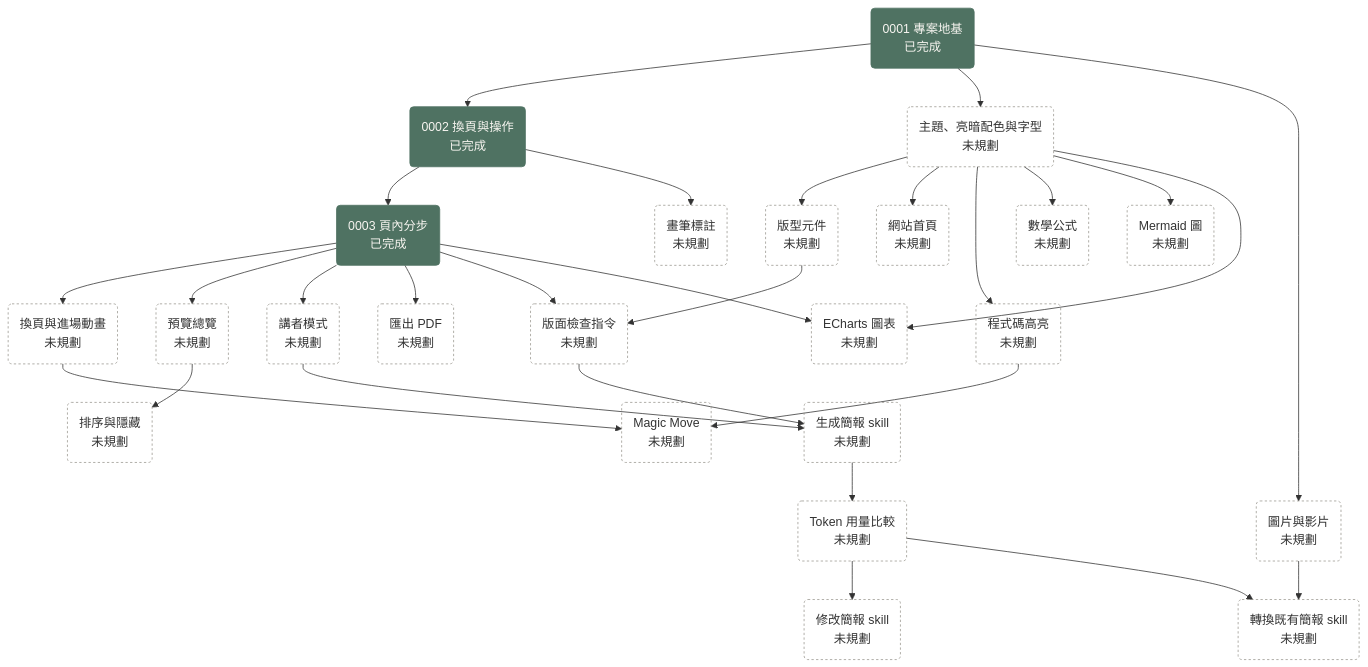
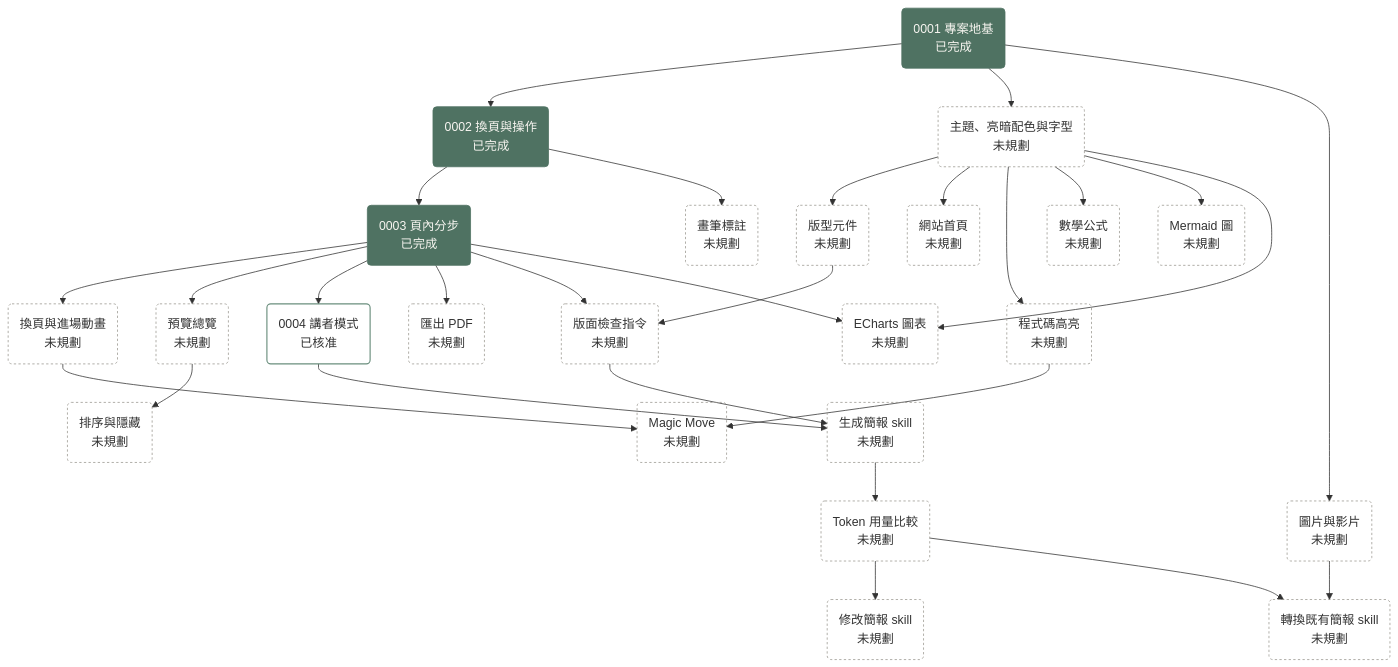
The diagram in docs/plans/roadmap.md (bingyangchen/diapo), drawn with Mermaid before and after one commit. The commit also changed other lines of this file and 2 other files, not shown here.

Commit message:
[plan 0004] Presenter mode (#11)

````diff
--- a/docs/plans/roadmap.md
+++ b/docs/plans/roadmap.md
@@ -7,45 +7,45 @@
 ```mermaid
 flowchart TD
   P0001("0001 專案地基<br/>已完成"):::done
   P0002("0002 換頁與操作<br/>已完成"):::done
   P0003("0003 頁內分步<br/>已完成"):::done
   transitions("換頁與進場動畫<br/>未規劃"):::unplanned
   magic_move("Magic Move<br/>未規劃"):::unplanned
   overview("預覽總覽<br/>未規劃"):::unplanned
   reorder("排序與隱藏<br/>未規劃"):::unplanned
   annotation("畫筆標註<br/>未規劃"):::unplanned
-  presenter("講者模式<br/>未規劃"):::unplanned
+  P0004("0004 講者模式<br/>已核准"):::approved
   theme("主題、亮暗配色與字型<br/>未規劃"):::unplanned
   layouts("版型元件<br/>未規劃"):::unplanned
   media("圖片與影片<br/>未規劃"):::unplanned
   code_highlight("程式碼高亮<br/>未規劃"):::unplanned
   math("數學公式<br/>未規劃"):::unplanned
   mermaid_diagram("Mermaid 圖<br/>未規劃"):::unplanned
   charts("ECharts 圖表<br/>未規劃"):::unplanned
   pdf_export("匯出 PDF<br/>未規劃"):::unplanned
   site_home("網站首頁<br/>未規劃"):::unplanned
   layout_check("版面檢查指令<br/>未規劃"):::unplanned
   skill_generate("生成簡報 skill<br/>未規劃"):::unplanned
   token_benchmark("Token 用量比較<br/>未規劃"):::unplanned
   skill_modify("修改簡報 skill<br/>未規劃"):::unplanned
   skill_convert("轉換既有簡報 skill<br/>未規劃"):::unplanned
   P0001 --> P0002 --> P0003 --> transitions --> magic_move
   P0003 --> overview --> reorder
   P0002 --> annotation
-  P0003 --> presenter --> skill_generate
+  P0003 --> P0004 --> skill_generate
   P0003 --> pdf_export
   P0003 --> layout_check
   P0001 --> theme --> layouts --> layout_check --> skill_generate
   skill_generate --> token_benchmark --> skill_modify
   token_benchmark --> skill_convert
   P0001 --> media --> skill_convert
   theme --> site_home
   theme --> code_highlight --> magic_move
   theme --> math
   theme --> mermaid_diagram
   theme --> charts
   P0003 --> charts
   classDef done fill:#4f7262,stroke:#4f7262,color:#f7f5f0
   classDef approved fill:none,stroke:#6b8f7e,stroke-width:1.5px
   classDef unplanned fill:none,stroke:#9a978f,stroke-dasharray:3 3
 ```
````
